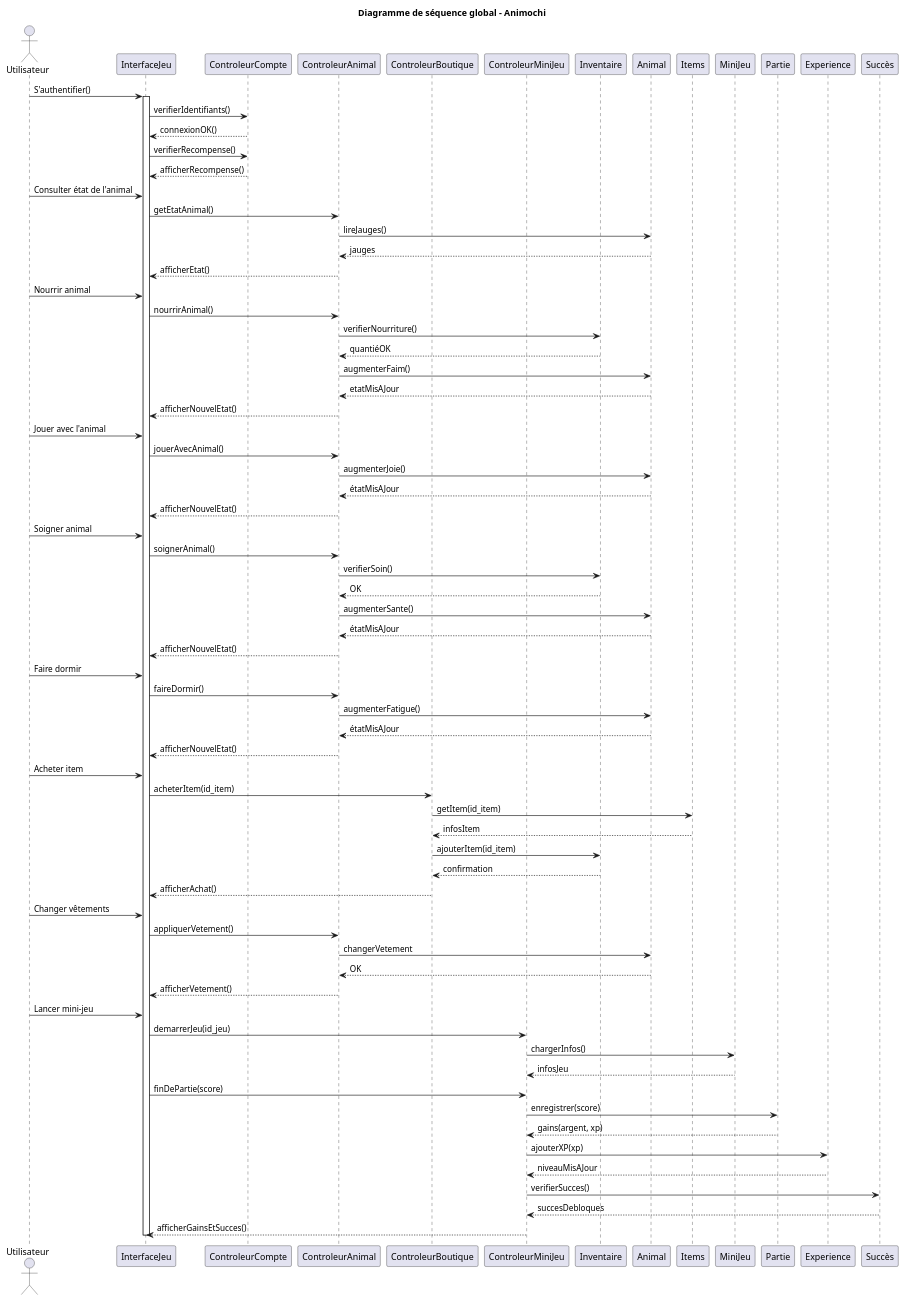
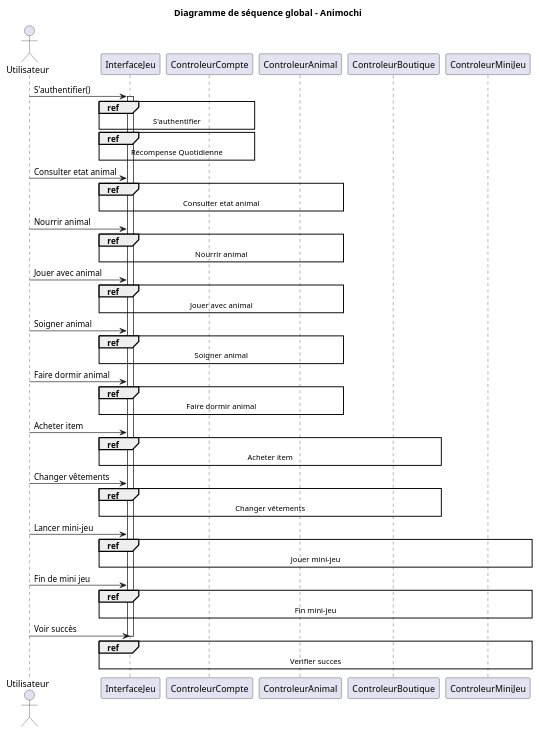
One commit to Sophololol/Application-Web---ANIMOCHI changed the third of 15 diagrams in Diagrammes.wsd. Above: the diagram before and after it, drawn with PlantUML. The commit also changed other lines of this file, not shown here.

Commit message:
Mise à jour du fichier Diagrammes.wsd Modification du Diagramme de séquence

```diff
--- a/Diagrammes.wsd
+++ b/Diagrammes.wsd
@@ -140,88 +140,38 @@
 @startuml "Diagramme de séquence"
 title "Diagramme de séquence global - Animochi"
 actor "Utilisateur" as U
 participant "InterfaceJeu" as IJ
 participant "ControleurCompte" as CC
 participant "ControleurAnimal" as CA
 participant "ControleurBoutique" as CB
 participant "ControleurMiniJeu" as CMJ
-participant "Inventaire" as I
-participant "Animal" as A
-participant "Items" as It
-participant "MiniJeu" as MJ
-participant "Partie" as P
-participant "Experience" as E
-participant "Succès" as S
 
 U->IJ:S'authentifier()
 activate IJ
-IJ->CC:verifierIdentifiants()
-CC-->IJ:connexionOK()
+ref over IJ, CC:S'authentifier
+ref over IJ, CC:Récompense Quotidienne
 
-IJ->CC:verifierRecompense()
-CC-->IJ:afficherRecompense()
-
-U->IJ:Consulter état de l'animal
-IJ->CA:getEtatAnimal()
-CA->A:lireJauges()
-A-->CA:jauges
-CA-->IJ:afficherEtat()
-
+U->IJ:Consulter etat animal
+ref over IJ, CA:Consulter etat animal
 U->IJ:Nourrir animal
-IJ->CA:nourrirAnimal()
-CA->I:verifierNourriture()
-I-->CA:quantiéOK
-CA->A:augmenterFaim()
-A-->CA:etatMisAJour
-CA-->IJ:afficherNouvelEtat()
-
-U->IJ:Jouer avec l'animal
-IJ->CA:jouerAvecAnimal()
-CA->A:augmenterJoie()
-A-->CA:étatMisAJour
-CA-->IJ:afficherNouvelEtat()
-
+ref over IJ, CA:Nourrir animal
+U->IJ:Jouer avec animal
+ref over IJ, CA:Jouer avec animal
 U->IJ:Soigner animal
-IJ->CA:soignerAnimal()
-CA->I:verifierSoin()
-I-->CA:OK
-CA->A:augmenterSante()
-A-->CA:étatMisAJour
-CA-->IJ:afficherNouvelEtat()
-
-U->IJ:Faire dormir
-IJ->CA:faireDormir()
-CA->A:augmenterFatigue()
-A-->CA:étatMisAJour
-CA-->IJ:afficherNouvelEtat()
+ref over IJ, CA:Soigner animal
+U->IJ:Faire dormir animal
+ref over IJ, CA:Faire dormir animal
 
 U->IJ:Acheter item
-IJ->CB:acheterItem(id_item)
-CB->It:getItem(id_item)
-It-->CB:infosItem
-CB->I:ajouterItem(id_item)
-I-->CB:confirmation
-CB-->IJ:afficherAchat()
-
+ref over IJ, CB:Acheter item
 U->IJ:Changer vêtements
-IJ->CA:appliquerVetement()
-CA->A:changerVetement
-A-->CA:OK
-CA-->IJ:afficherVetement()
+ref over IJ, CB:Changer vêtements
 
 U->IJ:Lancer mini-jeu
-IJ->CMJ:demarrerJeu(id_jeu)
-CMJ->MJ:chargerInfos()
-MJ-->CMJ:infosJeu
-'--jsp s'il faut faire dans un cas different la fin du jeu--'
-IJ->CMJ:finDePartie(score)
-CMJ->P:enregistrer(score)
-P-->CMJ:gains(argent, xp)
-CMJ->E:ajouterXP(xp)
-E-->CMJ:niveauMisAJour
-CMJ->S:verifierSucces()
-S-->CMJ:succesDebloques
-
-CMJ-->IJ:afficherGainsEtSucces()
+ref over IJ, CMJ:Jouer mini-jeu
+U->IJ:Fin de mini jeu
+ref over IJ, CMJ:Fin mini-jeu
+U->IJ:Voir succès
+ref over IJ, CMJ:Verifier succes
 deactivate IJ
 @enduml
```
